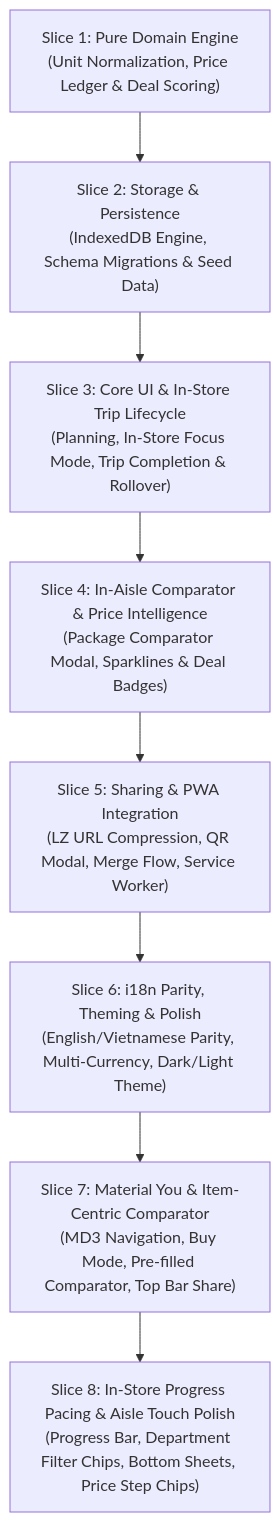
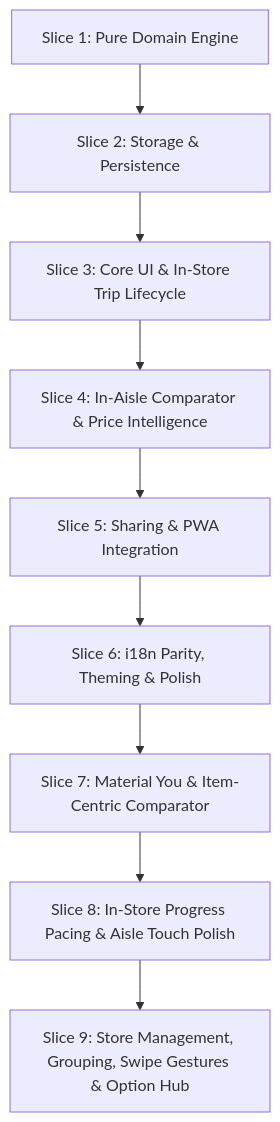
One commit to thanhtrixx/html-standalone-tools changed the diagram in smart-buy-list-price-tracker/ITEMS_TO_IMPLEMENT.md. Above: the diagram before and after it, drawn with Mermaid. The commit also changed other lines of this file and 8 other files, not shown here.

First line of the commit message:
feat(smart-buy-list): Store List Management, Aisle/Store Grouping, Swipe Gestures, and Option Hub (#150)

````diff
--- a/smart-buy-list-price-tracker/ITEMS_TO_IMPLEMENT.md
+++ b/smart-buy-list-price-tracker/ITEMS_TO_IMPLEMENT.md
@@ -70,19 +80,14 @@
 ```mermaid
 flowchart TD
-    S1["Slice 1: Pure Domain Engine<br/>(Unit Normalization, Price Ledger &amp; Deal Scoring)"]
-    S2["Slice 2: Storage &amp; Persistence<br/>(IndexedDB Engine, Schema Migrations &amp; Seed Data)"]
-    S3["Slice 3: Core UI &amp; In-Store Trip Lifecycle<br/>(Planning, In-Store Focus Mode, Trip Completion &amp; Rollover)"]
-    S4["Slice 4: In-Aisle Comparator &amp; Price Intelligence<br/>(Package Comparator Modal, Sparklines &amp; Deal Badges)"]
-    S5["Slice 5: Sharing &amp; PWA Integration<br/>(LZ URL Compression, QR Modal, Merge Flow, Service Worker)"]
-    S6["Slice 6: i18n Parity, Theming &amp; Polish<br/>(English/Vietnamese Parity, Multi-Currency, Dark/Light Theme)"]
-    S7["Slice 7: Material You &amp; Item-Centric Comparator<br/>(MD3 Navigation, Buy Mode, Pre-filled Comparator, Top Bar Share)"]
-    S8["Slice 8: In-Store Progress Pacing &amp; Aisle Touch Polish<br/>(Progress Bar, Department Filter Chips, Bottom Sheets, Price Step Chips)"]
+    S1["Slice 1: Pure Domain Engine"]
+    S2["Slice 2: Storage &amp; Persistence"]
+    S3["Slice 3: Core UI &amp; In-Store Trip Lifecycle"]
+    S4["Slice 4: In-Aisle Comparator &amp; Price Intelligence"]
+    S5["Slice 5: Sharing &amp; PWA Integration"]
+    S6["Slice 6: i18n Parity, Theming &amp; Polish"]
+    S7["Slice 7: Material You &amp; Item-Centric Comparator"]
+    S8["Slice 8: In-Store Progress Pacing &amp; Aisle Touch Polish"]
+    S9["Slice 9: Store Management, Grouping, Swipe Gestures &amp; Option Hub"]
 
-    S1 --> S2
-    S2 --> S3
-    S3 --> S4
-    S4 --> S5
-    S5 --> S6
-    S6 --> S7
-    S7 --> S8
+    S1 --> S2 --> S3 --> S4 --> S5 --> S6 --> S7 --> S8 --> S9
 ```
````
